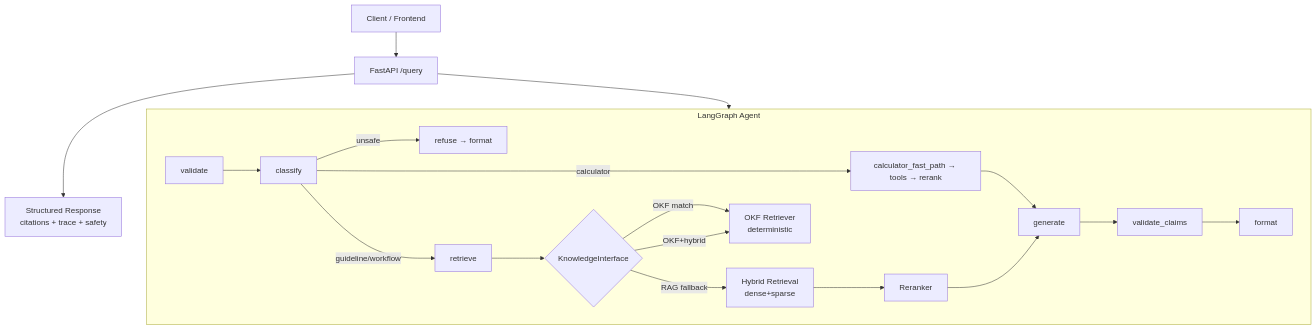
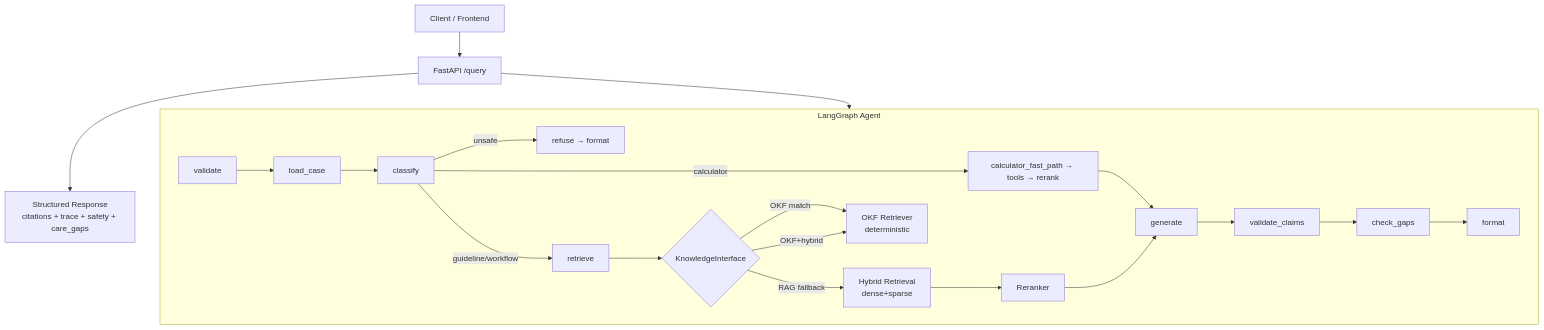
One commit to jeevesh2515/clinical-rag-agent changed the first of 4 diagrams in README.md. Above: the diagram before and after it, drawn with Mermaid. The commit also changed other lines of this file and 16 other files, not shown here.

````diff
--- a/README.md
+++ b/README.md
@@ -9,23 +9,25 @@
 ```mermaid
 flowchart TB
     Client["Client / Frontend"] --> API["FastAPI /query"]
     API --> LG["LangGraph Agent"]
 
     subgraph LG["LangGraph Agent"]
-        V["validate"] --> C["classify"]
+        V["validate"] --> LC["load_case"]
+        LC --> C["classify"]
         C -->|"unsafe"| REFUSE["refuse → format"]
         C -->|"calculator"| CF["calculator_fast_path → tools → rerank"]
         C -->|"guideline/workflow"| R["retrieve"]
         R --> KI{"KnowledgeInterface"}
         KI -->|"OKF match"| OKF["OKF Retriever<br/>deterministic"]
         KI -->|"OKF+hybrid"| OKF
         KI -->|"RAG fallback"| HYBRID["Hybrid Retrieval<br/>dense+sparse"]
         HYBRID --> RR["Reranker"]
         CF --> GEN["generate"]
         RR --> GEN
         GEN --> VC["validate_claims"]
-        VC --> FMT["format"]
+        VC --> CG["check_gaps"]
+        CG --> FMT["format"]
     end
 
-    API --> RESP["Structured Response<br/>citations + trace + safety"]
+    API --> RESP["Structured Response<br/>citations + trace + safety + care_gaps"]
 ```
````
